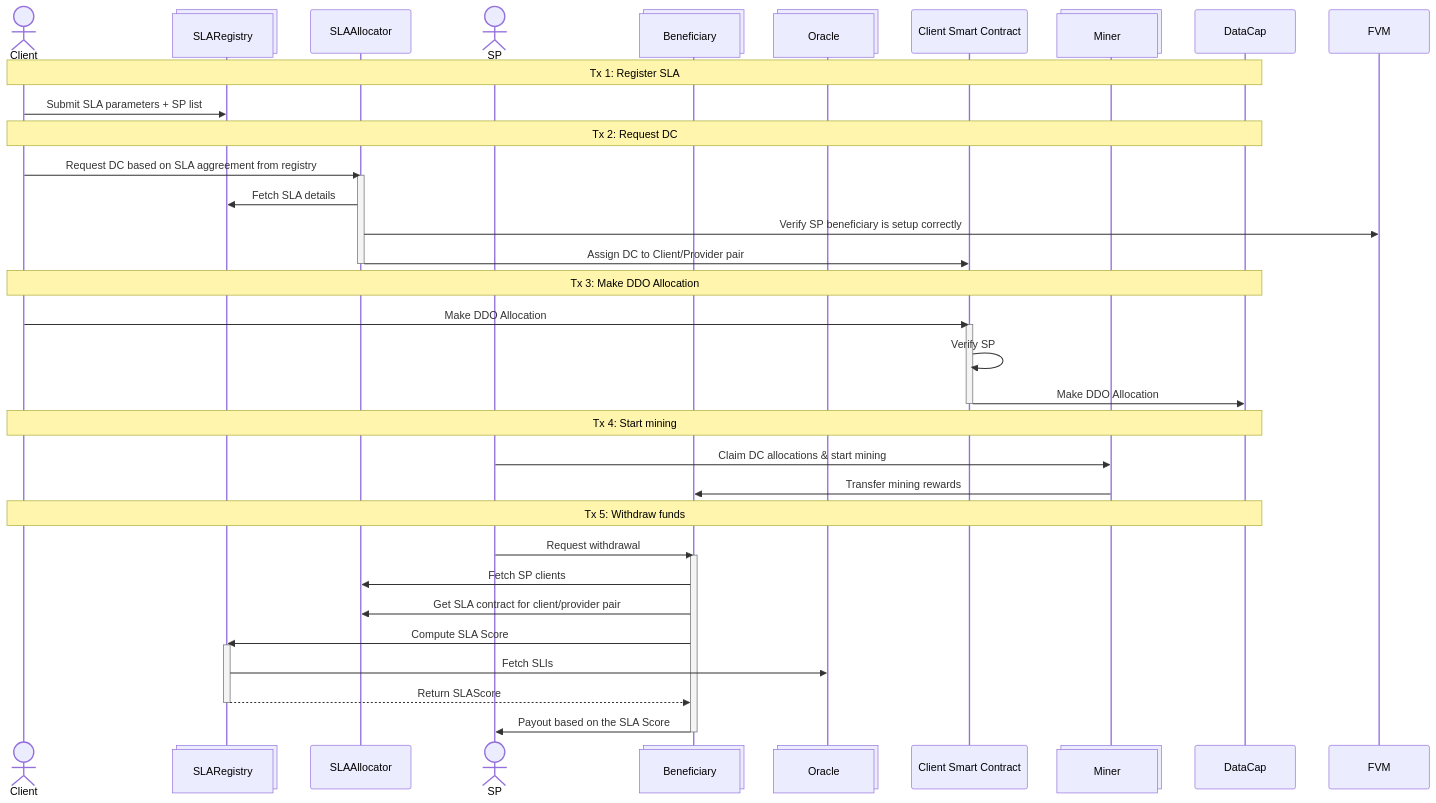
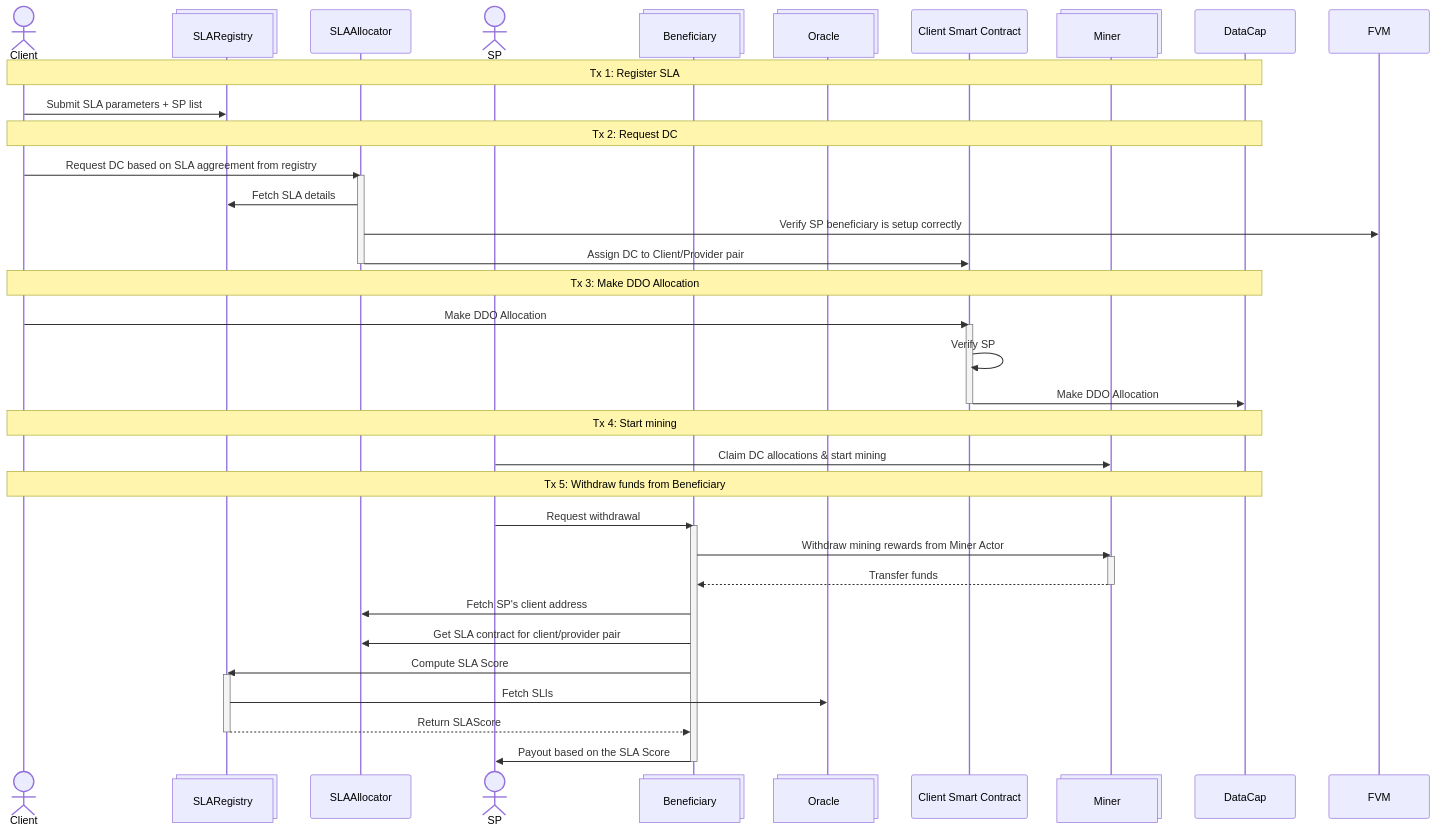
The first of 2 diagrams in README_single_client_per_sp.md (kacperzuk-neti/sla-allocator-contracts), drawn with Mermaid before and after one commit. The commit also changed other lines of this file and 1 other file, not shown here.

Commit message:
Update README_single_client_per_sp.md (#19)

````diff
--- a/README_single_client_per_sp.md
+++ b/README_single_client_per_sp.md
@@ -189,49 +190,52 @@
 ```mermaid
 sequenceDiagram
   actor Client
   participant SLARegistry@{ "type" : "collections" }
   participant SLAAllocator
   actor SP
   participant Beneficiary@{ "type" : "collections" }
   participant Oracle@{ "type" : "collections" }
   participant ClientSC as Client Smart Contract
   participant Miner@{ "type" : "collections" }
 
 note over Client,DataCap: Tx 1: Register SLA
   Client->>SLARegistry: Submit SLA parameters + SP list
 
 note over Client,DataCap: Tx 2: Request DC
   Client->>SLAAllocator: Request DC based on SLA aggreement from registry
   activate SLAAllocator
   SLAAllocator->>SLARegistry: Fetch SLA details
 
   SLAAllocator->>FVM: Verify SP beneficiary is setup correctly
   SLAAllocator->>ClientSC: Assign DC to Client/Provider pair
   deactivate SLAAllocator
 
 note over Client,DataCap: Tx 3: Make DDO Allocation
   Client->>ClientSC: Make DDO Allocation
   activate ClientSC
   ClientSC->>ClientSC: Verify SP
   ClientSC->>DataCap: Make DDO Allocation
   deactivate ClientSC
 
 note over Client,DataCap: Tx 4: Start mining
   SP->>Miner: Claim DC allocations & start mining
-  Miner->>Beneficiary: Transfer mining rewards
-  
-note over Client,DataCap: Tx 5: Withdraw funds
+
+note over Client,DataCap: Tx 5: Withdraw funds from Beneficiary
   SP->>Beneficiary: Request withdrawal
   activate Beneficiary
+  Beneficiary->>Miner: Withdraw mining rewards from Miner Actor
+  activate Miner
+  Miner-->>Beneficiary: Transfer funds
+  deactivate Miner
   
-  Beneficiary->>SLAAllocator: Fetch SP clients
+  Beneficiary->>SLAAllocator: Fetch SP's client address
   Beneficiary->>SLAAllocator: Get SLA contract for client/provider pair
   Beneficiary->>SLARegistry: Compute SLA Score
   activate SLARegistry
   SLARegistry->>Oracle: Fetch SLIs
   SLARegistry-->>Beneficiary: Return SLAScore
   deactivate SLARegistry
 
   Beneficiary->>SP: Payout based on the SLA Score
   deactivate Beneficiary
 ```
````
